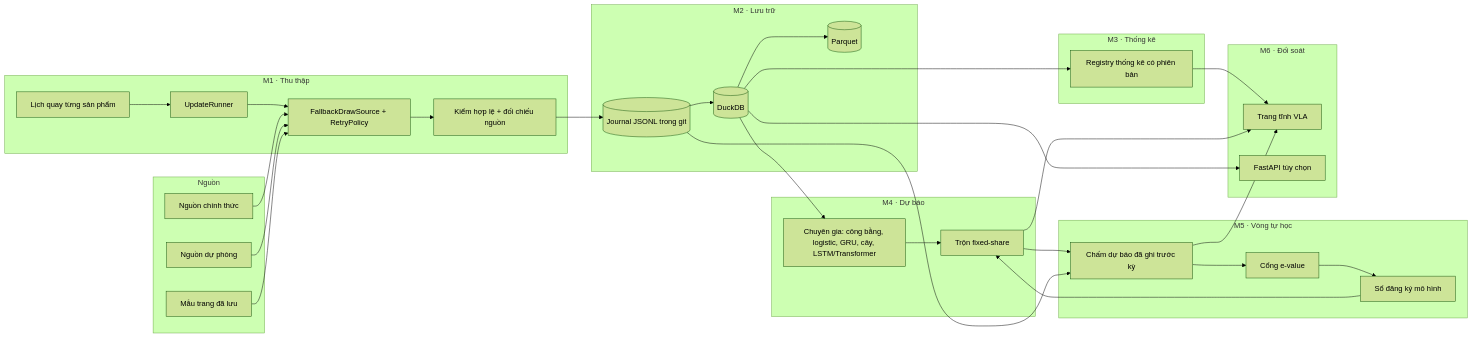
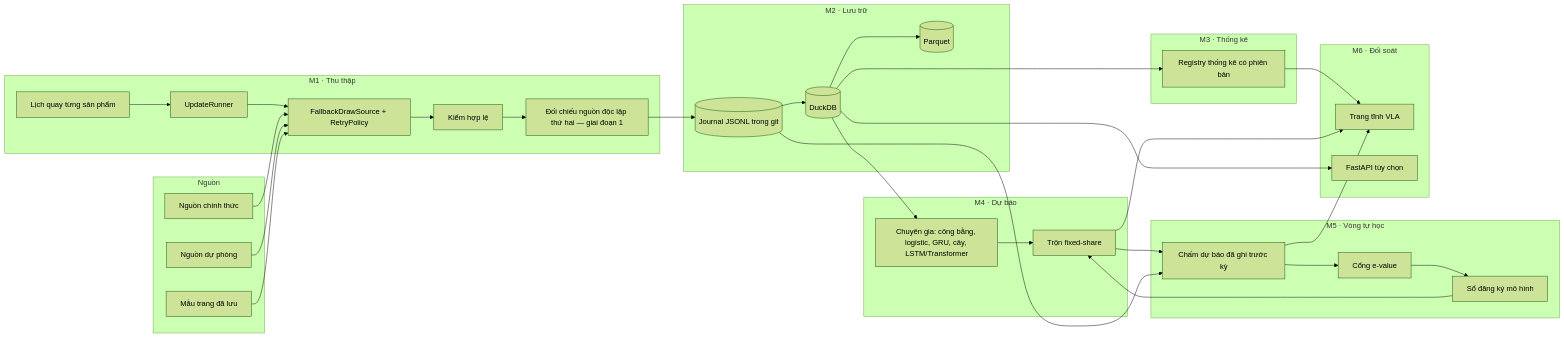
The diagram in documentation/architecture/vietlott-subsystem.md (beuvivu/VLA), drawn with Mermaid (forest theme) before and after one commit. The commit also changed other lines of this file, not shown here.

First line of the commit message:
Tài liệu Vietlott: giờ quay có thẩm quyền, đối chiếu nguồn, độ trễ đầu-cuối, hash backtest

````diff
--- a/documentation/architecture/vietlott-subsystem.md
+++ b/documentation/architecture/vietlott-subsystem.md
@@ -54,42 +54,43 @@
 ```mermaid
 flowchart LR
   subgraph Nguồn
     S1[Nguồn chính thức]
     S2[Nguồn dự phòng]
     S3[Mẫu trang đã lưu]
   end
   subgraph Ingestion["M1 · Thu thập"]
     SCH[Lịch quay từng sản phẩm] --> RUN[UpdateRunner]
     RUN --> FB[FallbackDrawSource + RetryPolicy]
-    FB --> VAL[Kiểm hợp lệ + đối chiếu nguồn]
+    FB --> VAL[Kiểm hợp lệ]
+    VAL --> REC[Đối chiếu nguồn độc lập thứ hai — giai đoạn 1]
   end
   subgraph Store["M2 · Lưu trữ"]
     J[(Journal JSONL trong git)]
     D[(DuckDB)]
     P[(Parquet)]
   end
   subgraph Analytics["M3 · Thống kê"]
     REG[Registry thống kê có phiên bản]
   end
   subgraph Predict["M4 · Dự báo"]
     EXP[Chuyên gia: công bằng, logistic, GRU, cây, LSTM/Transformer]
     MIX[Trộn fixed-share]
   end
   subgraph Loop["M5 · Vòng tự học"]
     SCORE[Chấm dự báo đã ghi trước kỳ]
     GATE[Cổng e-value]
     MR[Sổ đăng ký mô hình]
   end
   subgraph Present["M6 · Đối soát"]
     PG[Trang tĩnh VLA]
     API[FastAPI tùy chọn]
   end
   S1 & S2 & S3 --> FB
-  VAL --> J --> D --> P
+  REC --> J --> D --> P
   D --> REG --> PG
   D --> EXP --> MIX --> SCORE
   J --> SCORE --> GATE --> MR --> MIX
   MIX --> PG
   SCORE --> PG
   D --> API
 ```
````
